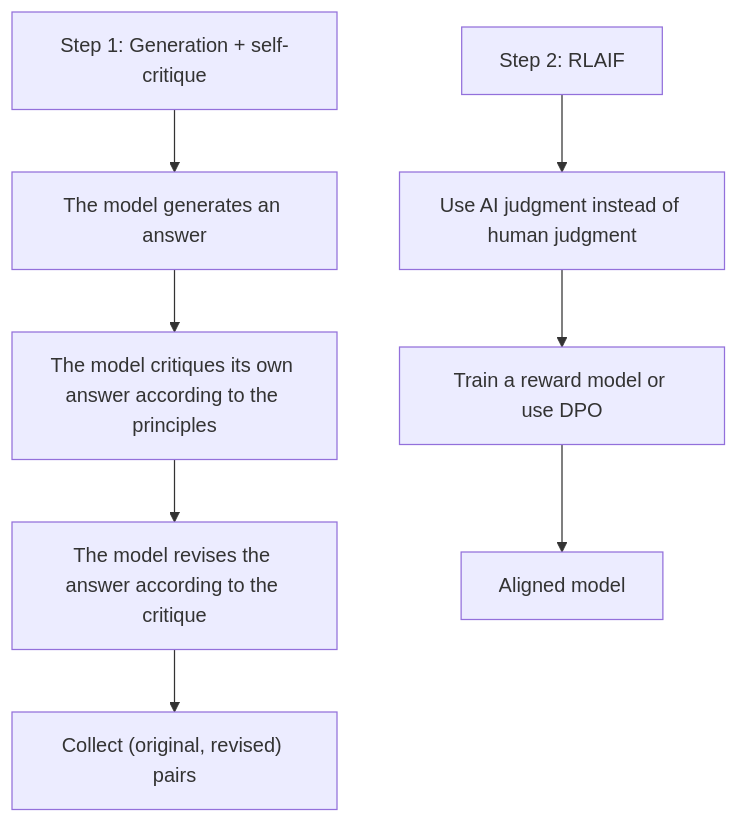
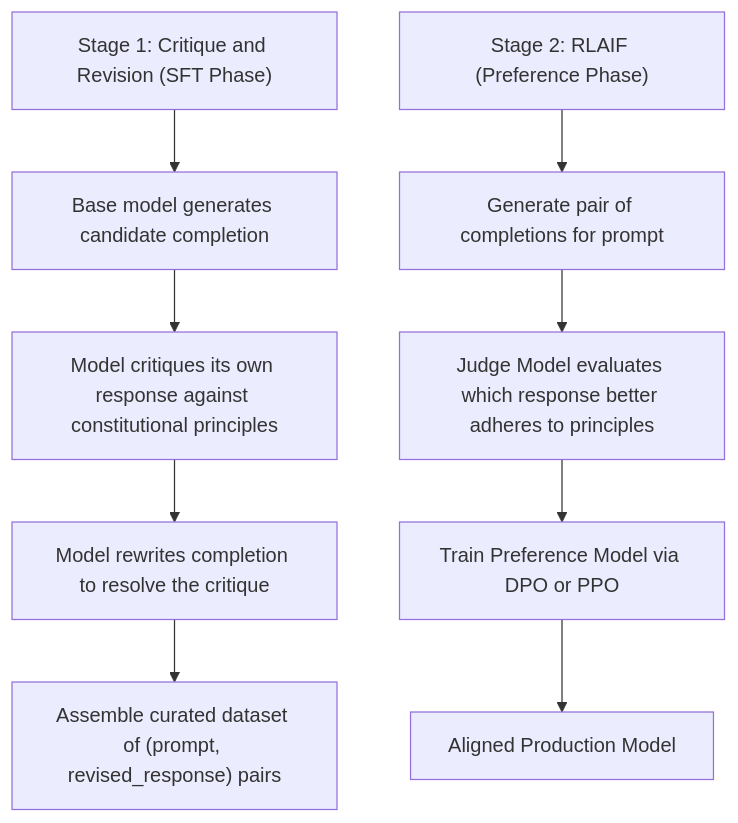
One commit to yingwang/thinking-in-llm changed the third of 7 diagrams in en/chapters/04-alignment.md. Above: the diagram before and after it, drawn with Mermaid. The commit also changed other lines of this file and 31 other files, not shown here.

````diff
--- a/en/chapters/04-alignment.md
+++ b/en/chapters/04-alignment.md
@@ -392,11 +384,12 @@
 ```mermaid
 graph TD
-    A["Step 1: Generation + self-critique"] --> B["The model generates an answer"]
-    B --> C["The model critiques its own answer according to the principles"]
-    C --> D["The model revises the answer according to the critique"]
-    D --> E["Collect (original, revised) pairs"]
+    A["Stage 1: Critique and Revision (SFT Phase)"] --> B["Base model generates candidate completion"]
+    B --> C["Model critiques its own response against constitutional principles"]
+    C --> D["Model rewrites completion to resolve the critique"]
+    D --> E["Assemble curated dataset of (prompt, revised_response) pairs"]
 
-    F["Step 2: RLAIF"] --> G["Use AI judgment instead of human judgment"]
-    G --> H["Train a reward model or use DPO"]
-    H --> I["Aligned model"]
+    F["Stage 2: RLAIF (Preference Phase)"] --> G["Generate pair of completions for prompt"]
+    G --> H["Judge Model evaluates which response better adheres to principles"]
+    H --> I["Train Preference Model via DPO or PPO"]
+    I --> K["Aligned Production Model"]
 ```
````
